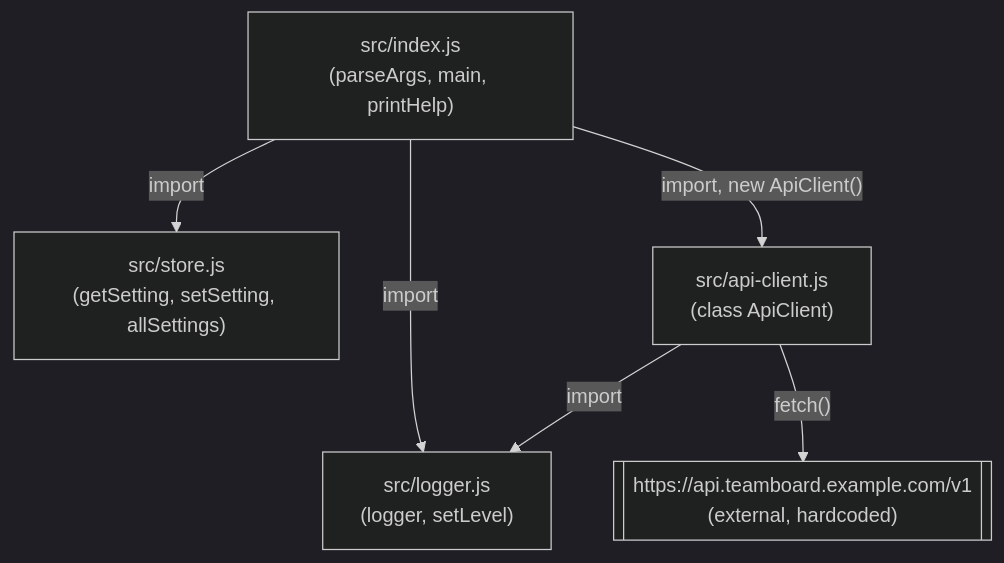
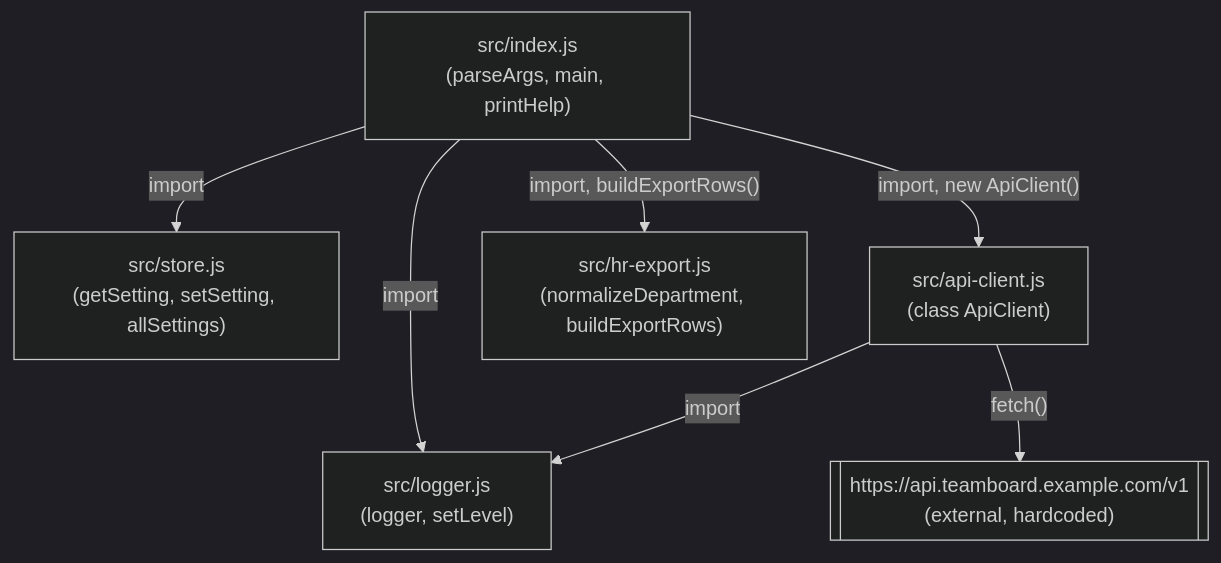
One commit to prakharFuse/teamboard changed the diagram in .backlogzero/knowledge/architecture.md. Above: the diagram before and after it, drawn with Mermaid (dark theme). The commit also changed other lines of this file and 5 other files, not shown here.

````diff
--- a/.backlogzero/knowledge/architecture.md
+++ b/.backlogzero/knowledge/architecture.md
@@ -26,14 +28,16 @@
 ```mermaid
 flowchart TD
   CLI["src/index.js\n(parseArgs, main, printHelp)"]
   Logger["src/logger.js\n(logger, setLevel)"]
   Store["src/store.js\n(getSetting, setSetting, allSettings)"]
   ApiClient["src/api-client.js\n(class ApiClient)"]
+  HrExport["src/hr-export.js\n(normalizeDepartment, buildExportRows)"]
   Upstream[["https://api.teamboard.example.com/v1\n(external, hardcoded)"]]
 
   CLI -->|"import"| Logger
   CLI -->|"import"| Store
   CLI -->|"import, new ApiClient()"| ApiClient
+  CLI -->|"import, buildExportRows()"| HrExport
   ApiClient -->|"import"| Logger
   ApiClient -->|"fetch()"| Upstream
 ```
````
